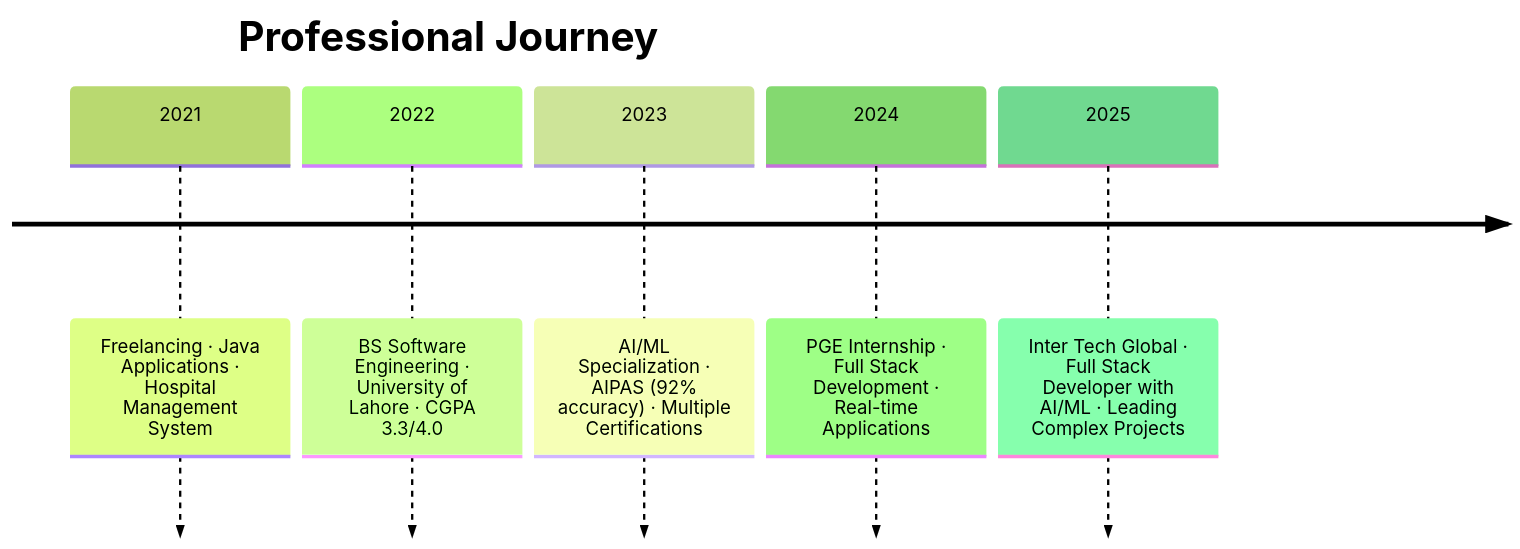
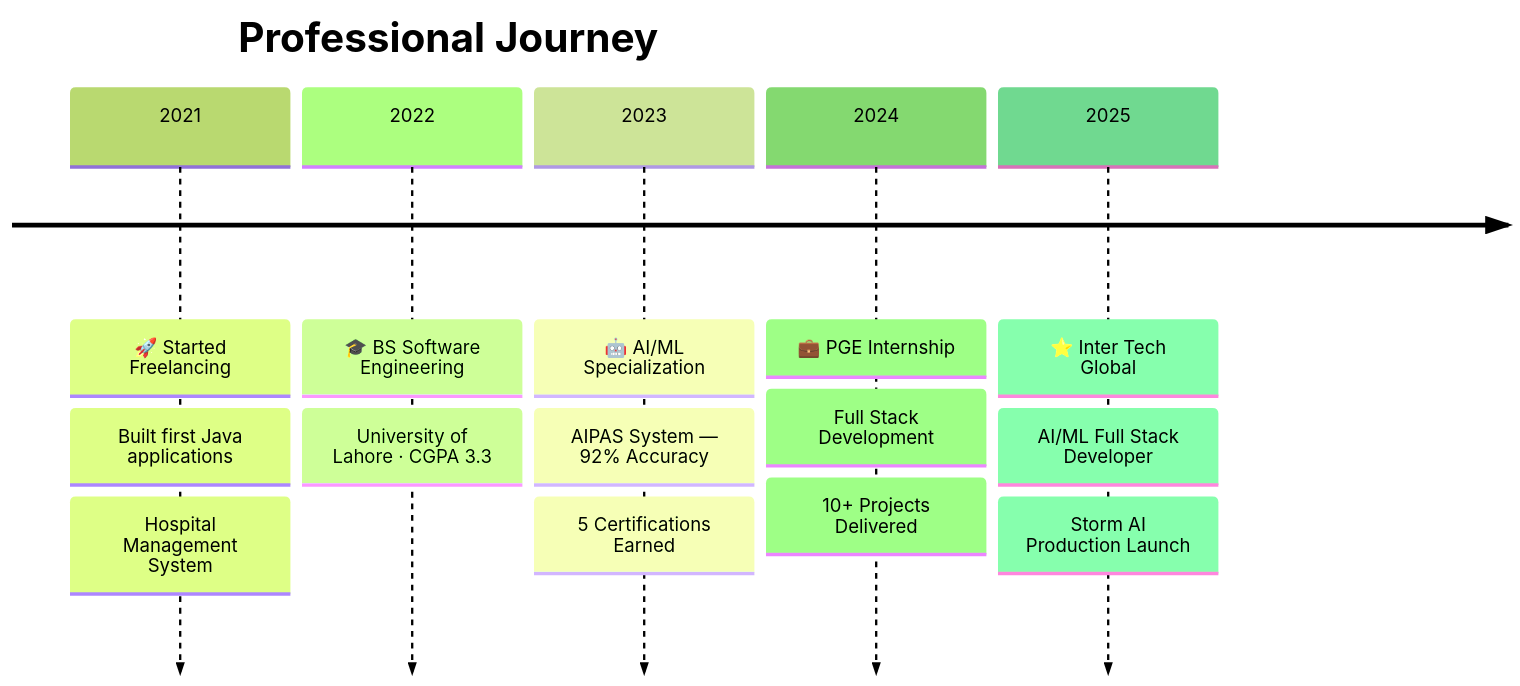
One commit to Hamza-Kahloon786/Hamza-Kahloon786 changed the eighth of 10 diagrams in README.md. Above: the diagram before and after it, drawn with Mermaid (forest theme). The commit also changed other lines of this file, not shown here.

````diff
--- a/README.md
+++ b/README.md
@@ -137,9 +279,18 @@
 ```mermaid
 timeline
     title Professional Journey
-    2021 : Freelancing · Java Applications · Hospital Management System
-    2022 : BS Software Engineering · University of Lahore · CGPA 3.3/4.0
-    2023 : AI/ML Specialization · AIPAS (92% accuracy) · Multiple Certifications
-    2024 : PGE Internship · Full Stack Development · Real-time Applications
-    2025 : Inter Tech Global · Full Stack Developer with AI/ML · Leading Complex Projects
+    2021 : 🚀 Started Freelancing
+         : Built first Java applications
+         : Hospital Management System
+    2022 : 🎓 BS Software Engineering
+         : University of Lahore · CGPA 3.3
+    2023 : 🤖 AI/ML Specialization
+         : AIPAS System — 92% Accuracy
+         : 5 Certifications Earned
+    2024 : 💼 PGE Internship
+         : Full Stack Development
+         : 10+ Projects Delivered
+    2025 : ⭐ Inter Tech Global
+         : AI/ML Full Stack Developer
+         : Storm AI Production Launch
 ```
````
